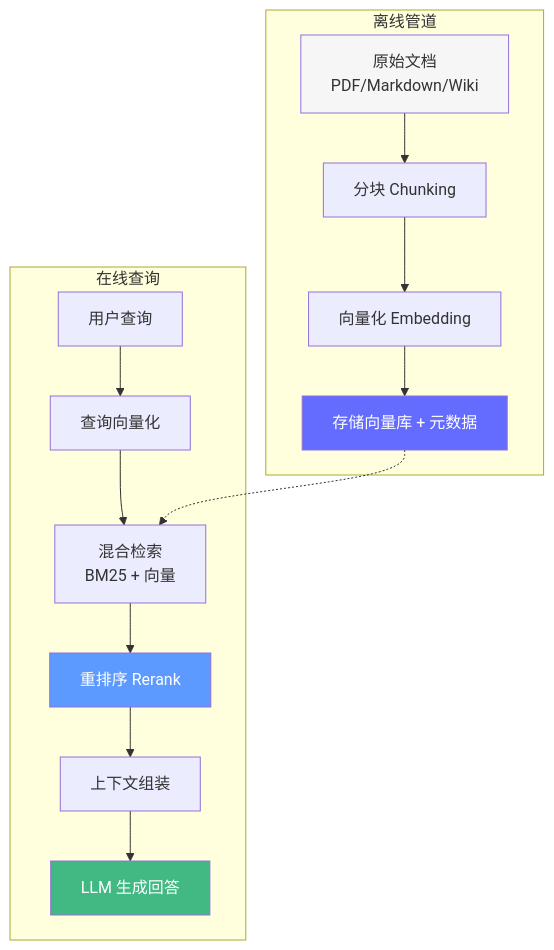
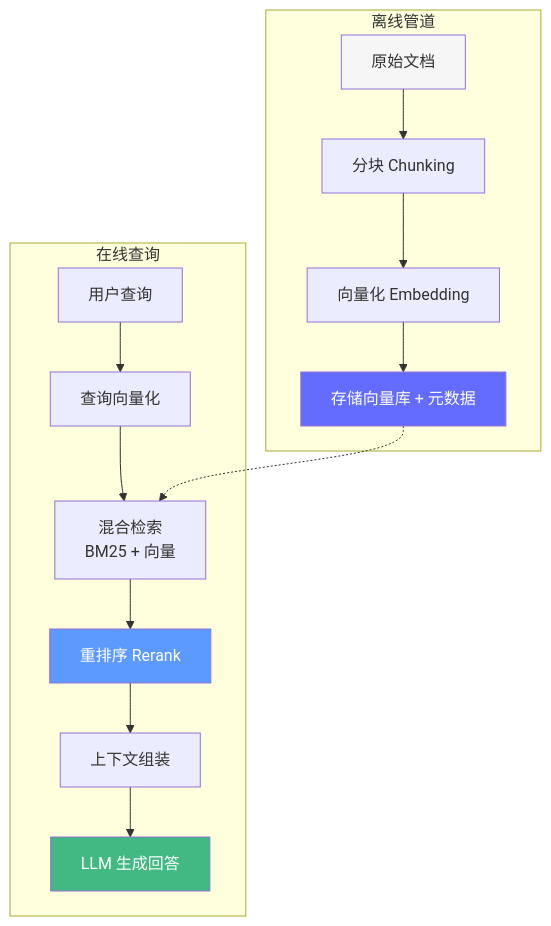
One commit to luoboask/fde-learning changed the diagram in docs-tools/agentic-ai/05-rag-system.md. Above: the diagram before and after it, drawn with Mermaid. The commit also changed other lines of this file and 6 other files, not shown here.

First line of the commit message:
修复 Mermaid 语法错误，增加 05/06 章节技术深度

````diff
--- a/docs-tools/agentic-ai/05-rag-system.md
+++ b/docs-tools/agentic-ai/05-rag-system.md
@@ -20,23 +20,23 @@
 ```mermaid
 flowchart TD
     subgraph 离线管道
-        A["原始文档\nPDF/Markdown/Wiki"] --> B["分块 Chunking"]
+        A["原始文档"] --> B["分块 Chunking"]
         B --> C["向量化 Embedding"]
         C --> D["存储向量库 + 元数据"]
     end
 
     subgraph 在线查询
         U["用户查询"] --> E["查询向量化"]
         E --> F["混合检索\nBM25 + 向量"]
         F --> G["重排序 Rerank"]
         G --> H["上下文组装"]
         H --> I["LLM 生成回答"]
     end
 
     D -.-> F
 
     style A fill:#f6f6f7
     style D fill:#646cff,color:#fff
     style G fill:#5c9aff,color:#fff
     style I fill:#42b883,color:#fff
 ```
````
